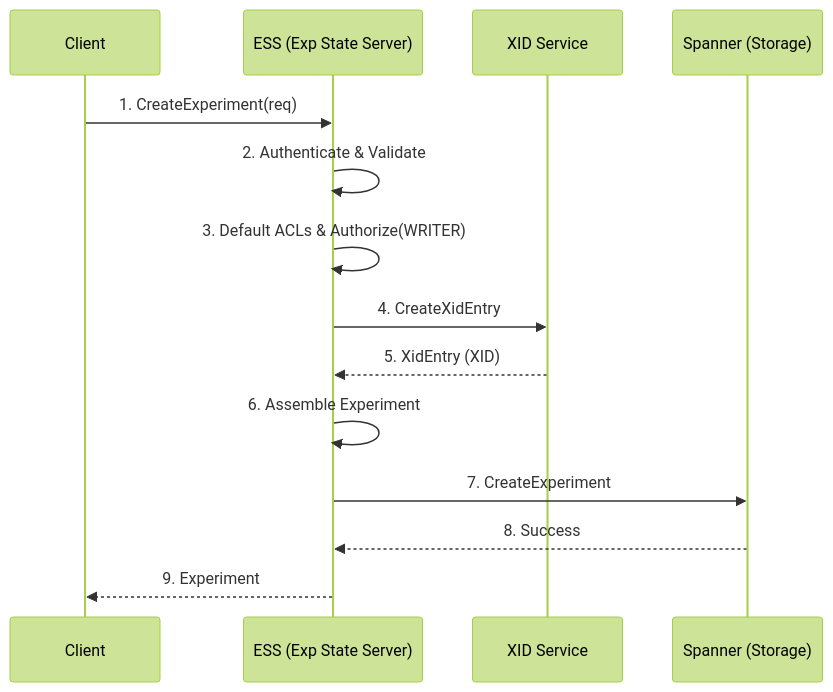
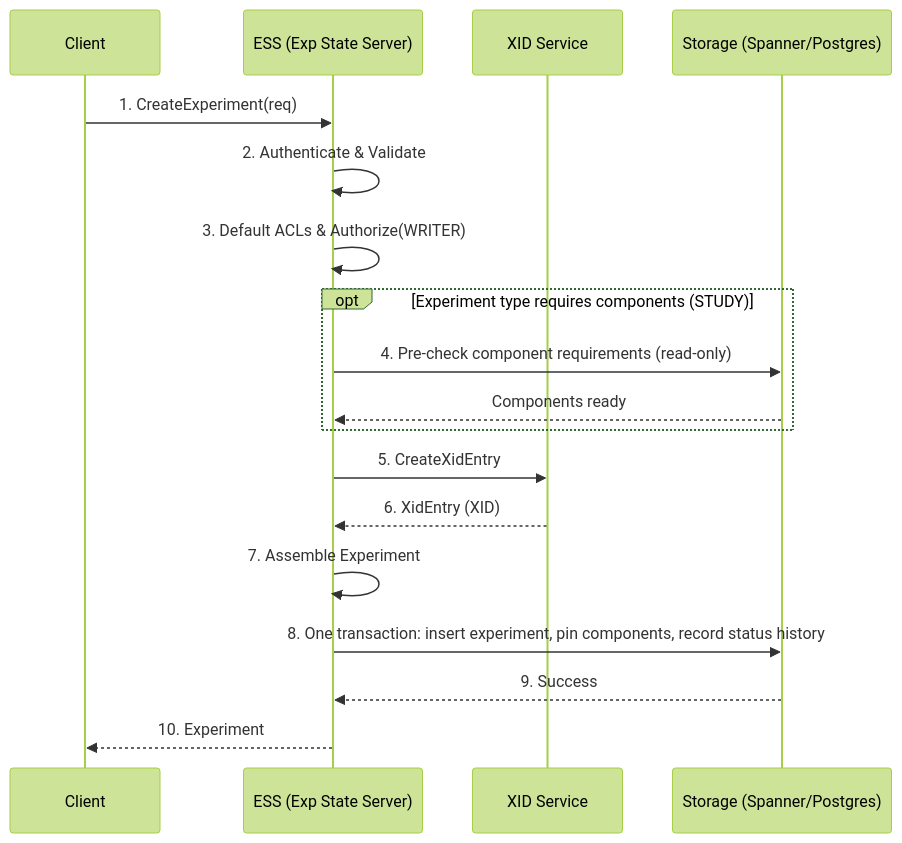
One commit to google/xmc changed the first of 4 diagrams in docs/flows/experiment_lifecycle.md. Above: the diagram before and after it, drawn with Mermaid (forest theme). The commit also changed other lines of this file and 1 other file, not shown here.

First line of the commit message:
docs(ess): document STUDY experiment creation flow

````diff
--- a/docs/flows/experiment_lifecycle.md
+++ b/docs/flows/experiment_lifecycle.md
@@ -14,17 +14,21 @@
 ```mermaid
 sequenceDiagram
     participant Client
     participant ESS as ESS (Exp State Server)
     participant XID as XID Service
-    participant Spanner as Spanner (Storage)
+    participant Storage as Storage (Spanner/Postgres)
 
     Client->>ESS: 1. CreateExperiment(req)
     ESS->>ESS: 2. Authenticate & Validate
     ESS->>ESS: 3. Default ACLs & Authorize(WRITER)
-    ESS->>XID: 4. CreateXidEntry
-    XID-->>ESS: 5. XidEntry (XID)
-    ESS->>ESS: 6. Assemble Experiment
-    ESS->>Spanner: 7. CreateExperiment
-    Spanner-->>ESS: 8. Success
-    ESS-->>Client: 9. Experiment
+    opt Experiment type requires components (STUDY)
+        ESS->>Storage: 4. Pre-check component requirements (read-only)
+        Storage-->>ESS: Components ready
+    end
+    ESS->>XID: 5. CreateXidEntry
+    XID-->>ESS: 6. XidEntry (XID)
+    ESS->>ESS: 7. Assemble Experiment
+    ESS->>Storage: 8. One transaction: insert experiment, pin components, record status history
+    Storage-->>ESS: 9. Success
+    ESS-->>Client: 10. Experiment
 ```
````
